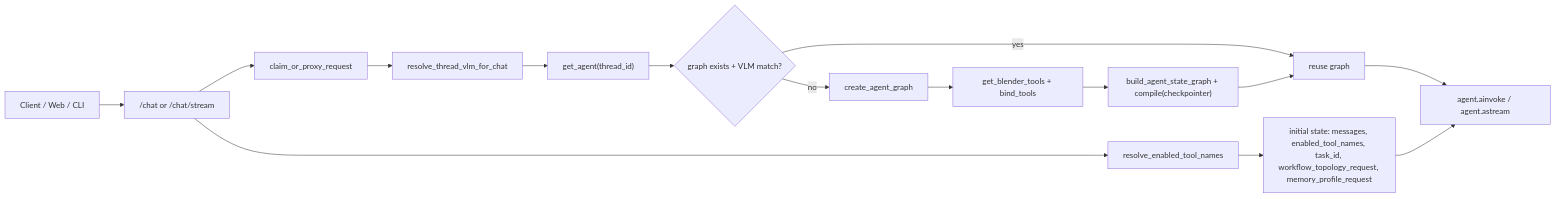
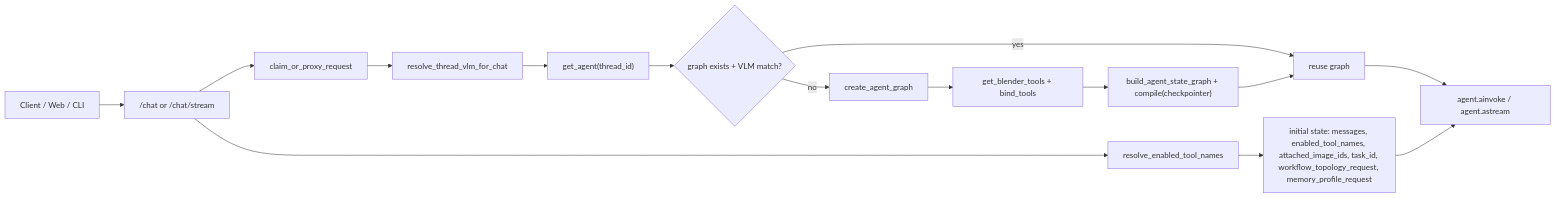
The first of 5 diagrams in docs/architecture/current-agent-workflow.md (3DSceneAgent/Vibe3DScene), drawn with Mermaid before and after one commit. The commit also changed other lines of this file and 45 other files, not shown here.

Commit message:
feat: add integration of sam3d, shell script for tool servers, conditional refer-image retrieval

````diff
--- a/docs/architecture/current-agent-workflow.md
+++ b/docs/architecture/current-agent-workflow.md
@@ -30,19 +30,19 @@
 ```mermaid
 flowchart LR
     A["Client / Web / CLI"] --> B["/chat or /chat/stream"]
     B --> C["claim_or_proxy_request"]
     C --> D["resolve_thread_vlm_for_chat"]
     D --> E["get_agent(thread_id)"]
 
     E --> F{"graph exists + VLM match?"}
     F -->|no| G["create_agent_graph"]
     G --> H["get_blender_tools + bind_tools"]
     H --> I["build_agent_state_graph + compile(checkpointer)"]
     F -->|yes| J["reuse graph"]
     I --> J
 
     B --> K["resolve_enabled_tool_names"]
-    K --> L["initial state: messages, enabled_tool_names, task_id, workflow_topology_request, memory_profile_request"]
+    K --> L["initial state: messages, enabled_tool_names, attached_image_ids, task_id, workflow_topology_request, memory_profile_request"]
     J --> M["agent.ainvoke / agent.astream"]
     L --> M
 ```
````
